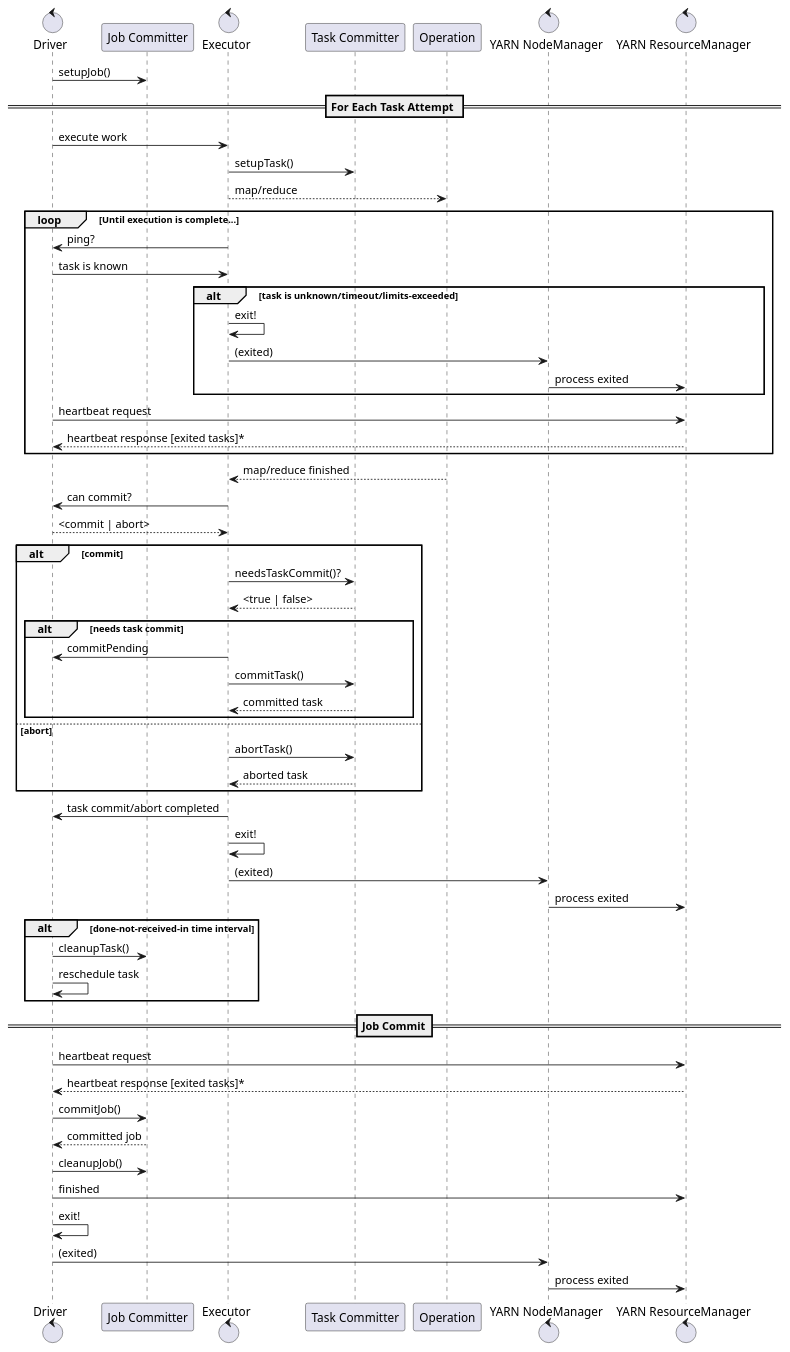
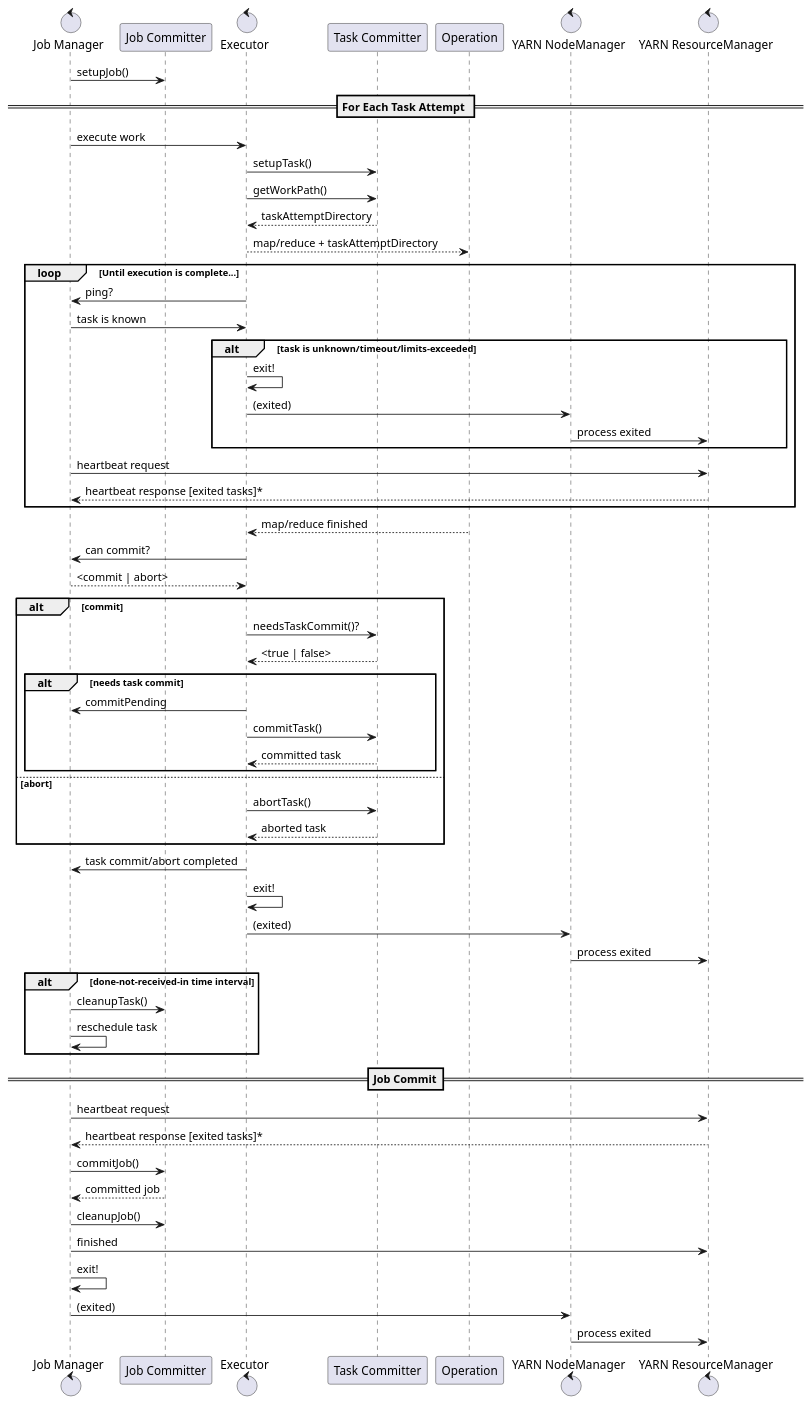
Before and after one commit to steveloughran/zero-rename-committer: the diagram in tex/commit-protocol.puml, drawn with PlantUML. The commit also changed 5 other files, not shown here.

```diff
--- a/tex/commit-protocol.puml
+++ b/tex/commit-protocol.puml
@@ -1,77 +1,80 @@
 @startuml
 
 'define icons
-control Driver
+control "Job Manager"
 participant "Job Committer"
 control Executor
 participant "Task Committer"
 participant Operation
 control "YARN NodeManager"
 control "YARN ResourceManager"
 
 ' protocol
 '== Initialization ==
 
-Driver -> "Job Committer": setupJob()
+"Job Manager" -> "Job Committer": setupJob()
 
 == For Each Task Attempt ==
-Driver -> Executor: execute work
+"Job Manager" -> Executor: execute work
 Executor -> "Task Committer": setupTask()
-Executor --> Operation: map/reduce
+Executor -> "Task Committer": getWorkPath()
+Executor <-- "Task Committer": taskAttemptDirectory
+Executor --> Operation: map/reduce + taskAttemptDirectory
+
 loop Until execution is complete...
-  Executor -> Driver : ping?
-  Driver -> Executor : task is known
+  Executor -> "Job Manager" : ping?
+  "Job Manager" -> Executor : task is known
   alt task is unknown/timeout/limits-exceeded
     Executor -> Executor: exit!
     Executor -> "YARN NodeManager": (exited)
     "YARN NodeManager" -> "YARN ResourceManager": process exited
   end
-    Driver -> "YARN ResourceManager": heartbeat request
-    Driver <-- "YARN ResourceManager": heartbeat response [exited tasks]*
+    "Job Manager" -> "YARN ResourceManager": heartbeat request
+    "Job Manager" <-- "YARN ResourceManager": heartbeat response [exited tasks]*
 end
 Executor <-- Operation: map/reduce finished
 
 'TODO: MR failure
 
-Executor -> Driver: can commit?
-Executor <-- Driver:  <commit | abort>
+Executor -> "Job Manager": can commit?
+Executor <-- "Job Manager":  <commit | abort>
 
 alt commit
   Executor -> "Task Committer": needsTaskCommit()?
   Executor <-- "Task Committer": <true | false>
     alt needs task commit
-    Executor -> Driver: commitPending
+    Executor -> "Job Manager": commitPending
     Executor -> "Task Committer": commitTask()
     Executor <-- "Task Committer": committed task
     end
 
 else abort
   Executor -> "Task Committer": abortTask()
   Executor <-- "Task Committer": aborted task
 end
-Executor -> Driver : task commit/abort completed
+Executor -> "Job Manager" : task commit/abort completed
 Executor -> Executor: exit!
 Executor -> "YARN NodeManager": (exited)
 "YARN NodeManager" -> "YARN ResourceManager": process exited
 
 alt done-not-received-in time interval
-  Driver -> "Job Committer": cleanupTask()
-  Driver -> Driver: reschedule task
+  "Job Manager" -> "Job Committer": cleanupTask()
+  "Job Manager" -> "Job Manager": reschedule task
 end
 
 
 == Job Commit==
 
-Driver -> "YARN ResourceManager": heartbeat request
-Driver <-- "YARN ResourceManager": heartbeat response [exited tasks]*
+"Job Manager" -> "YARN ResourceManager": heartbeat request
+"Job Manager" <-- "YARN ResourceManager": heartbeat response [exited tasks]*
 
-Driver -> "Job Committer": commitJob()
-Driver <-- "Job Committer": committed job
-Driver -> "Job Committer": cleanupJob()
-Driver -> "YARN ResourceManager": finished
-Driver -> Driver: exit!
-Driver -> "YARN NodeManager": (exited)
+"Job Manager" -> "Job Committer": commitJob()
+"Job Manager" <-- "Job Committer": committed job
+"Job Manager" -> "Job Committer": cleanupJob()
+"Job Manager" -> "YARN ResourceManager": finished
+"Job Manager" -> "Job Manager": exit!
+"Job Manager" -> "YARN NodeManager": (exited)
 "YARN NodeManager" -> "YARN ResourceManager": process exited
 
 
 @enduml
```
